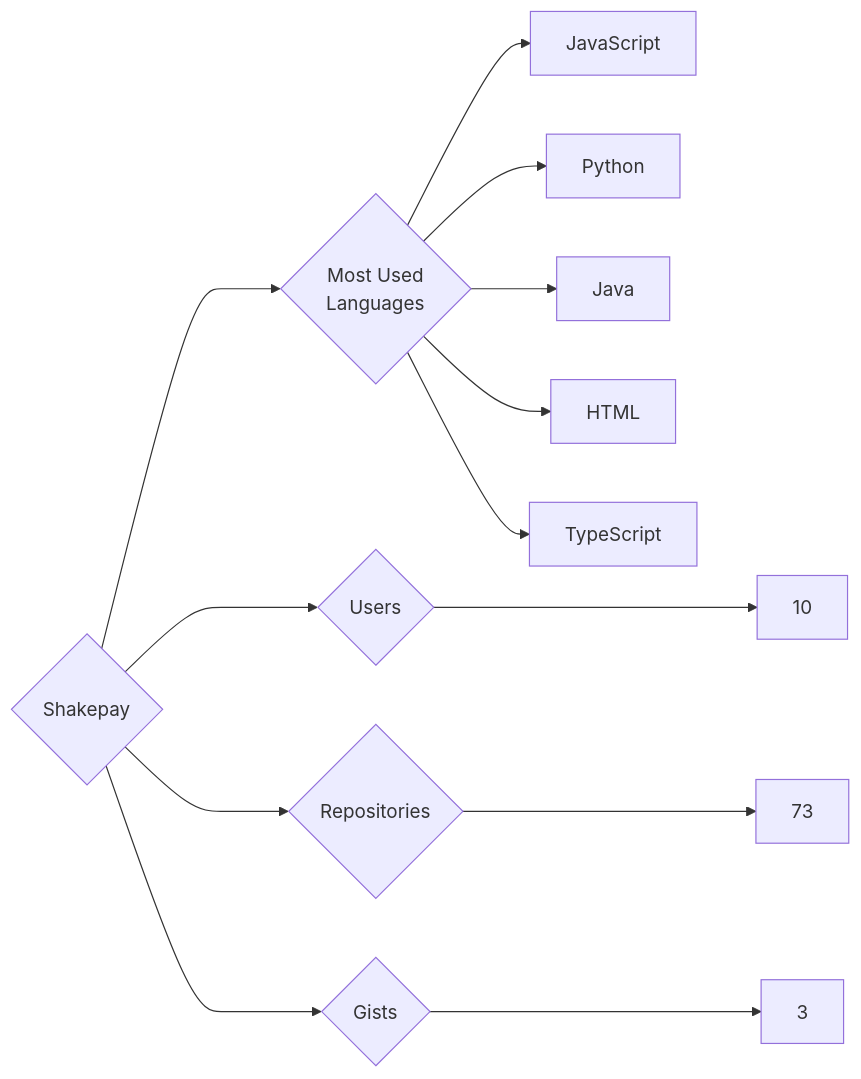
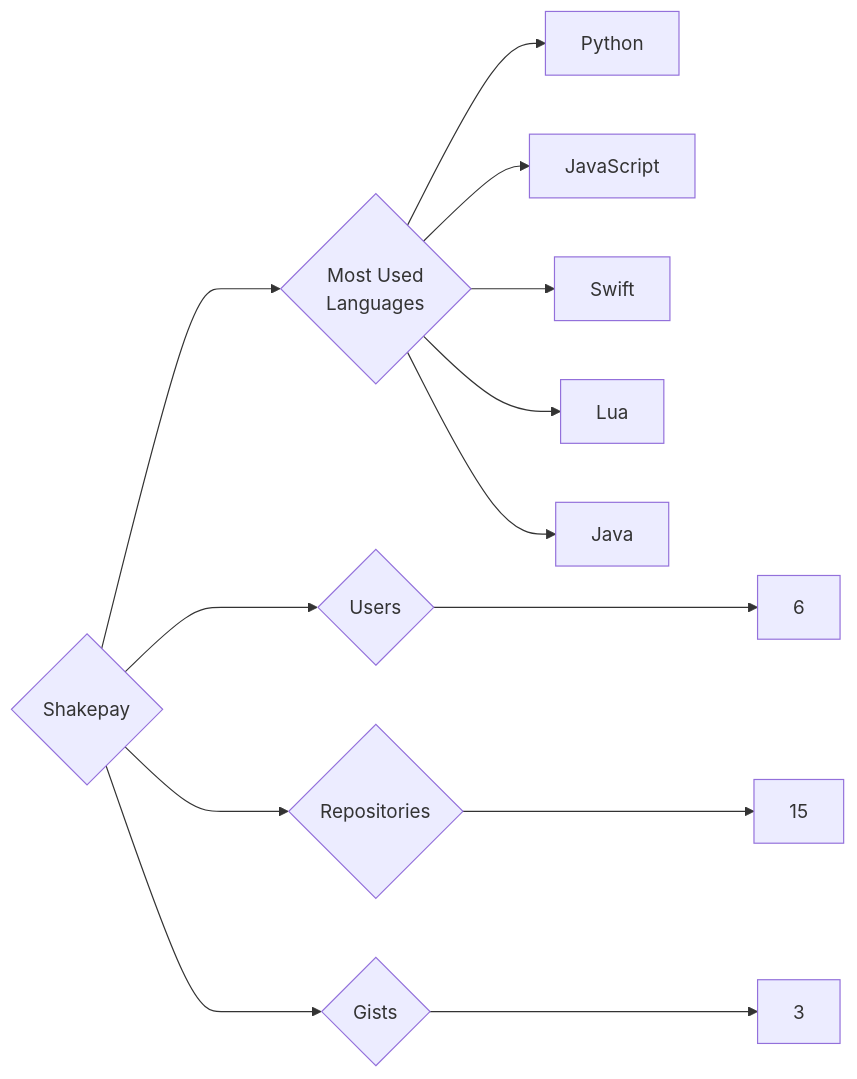
One commit to trickest/insiders changed the diagram in targets/Shakepay/README.md. Above: the diagram before and after it, drawn with Mermaid. The commit also changed 948 other files, not shown here.

````diff
--- a/targets/Shakepay/README.md
+++ b/targets/Shakepay/README.md
@@ -3,13 +3,13 @@
 ```mermaid
 graph LR
 COMPANY_NAME{Shakepay}
-COMPANY_NAME ---> U{Users} ---> UN[10]
-COMPANY_NAME ---> R{Repositories} ---> RN[73]
+COMPANY_NAME ---> U{Users} ---> UN[6]
+COMPANY_NAME ---> R{Repositories} ---> RN[15]
 COMPANY_NAME ---> G{Gists} ---> GN[3]
 COMPANY_NAME ---> ML{Most Used<br>Languages}
+ML --> Python[Python]
 ML --> JavaScript[JavaScript]
-ML --> Python[Python]
+ML --> Swift[Swift]
+ML --> Lua[Lua]
 ML --> Java[Java]
-ML --> HTML[HTML]
-ML --> TypeScript[TypeScript]
 ```
````
